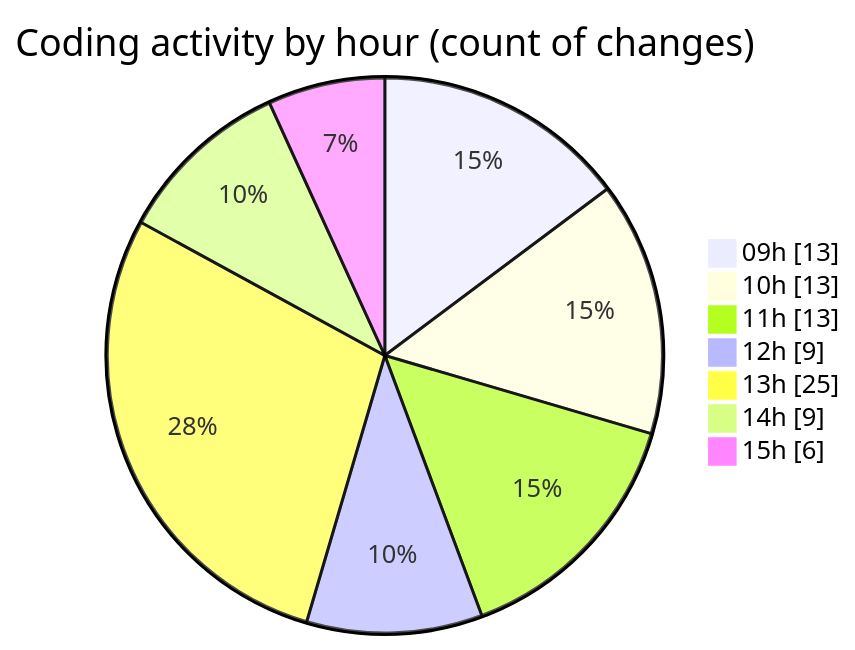
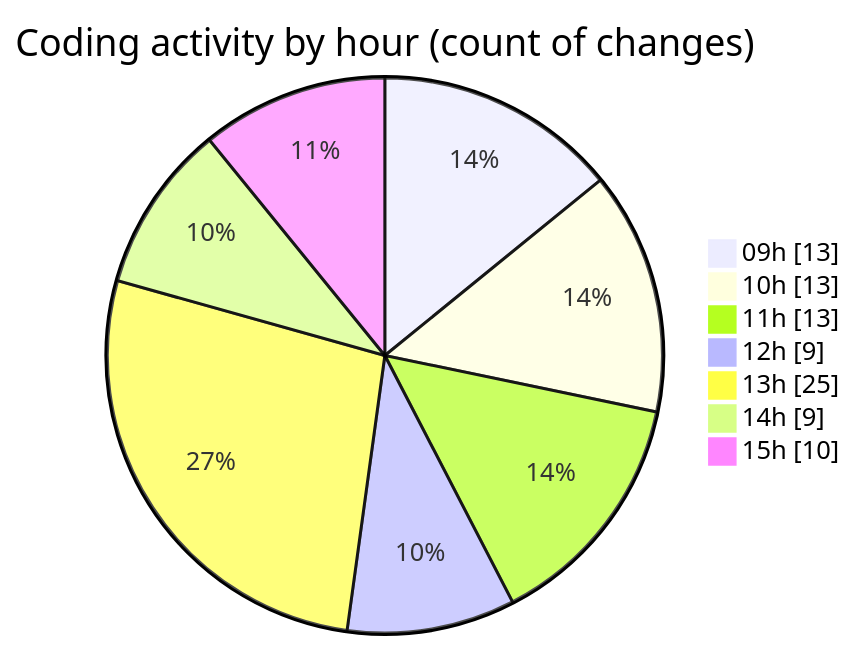
Before and after one commit to momahboobian/code-tracking: the second of 2 diagrams in 2025-09-23/cda/README.md, drawn with Mermaid. The commit also changed other lines of this file and 1 other file, not shown here.

````diff
--- a/2025-09-23/cda/README.md
+++ b/2025-09-23/cda/README.md
@@ -42,11 +42,11 @@
 ```mermaid
 pie showData
 title Coding activity by hour (count of changes)
 "09h" : 13
 "10h" : 13
 "11h" : 13
 "12h" : 9
 "13h" : 25
 "14h" : 9
-"15h" : 6
+"15h" : 10
 ```
````
